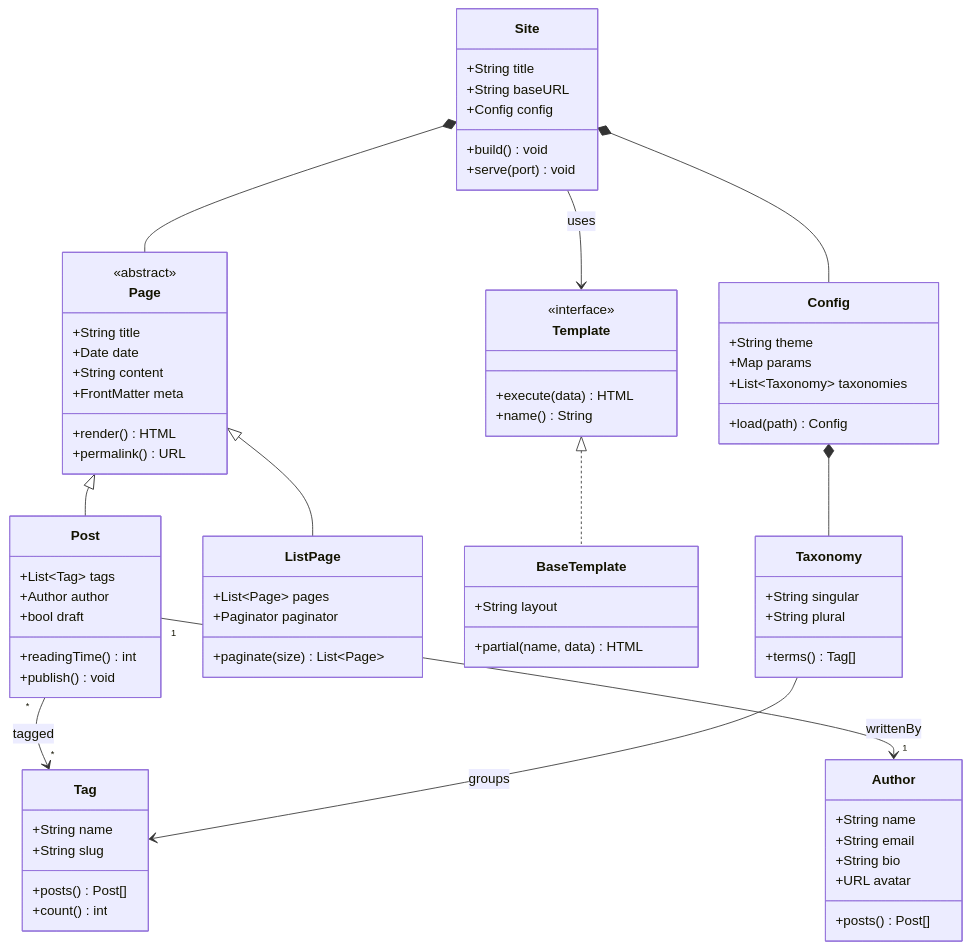
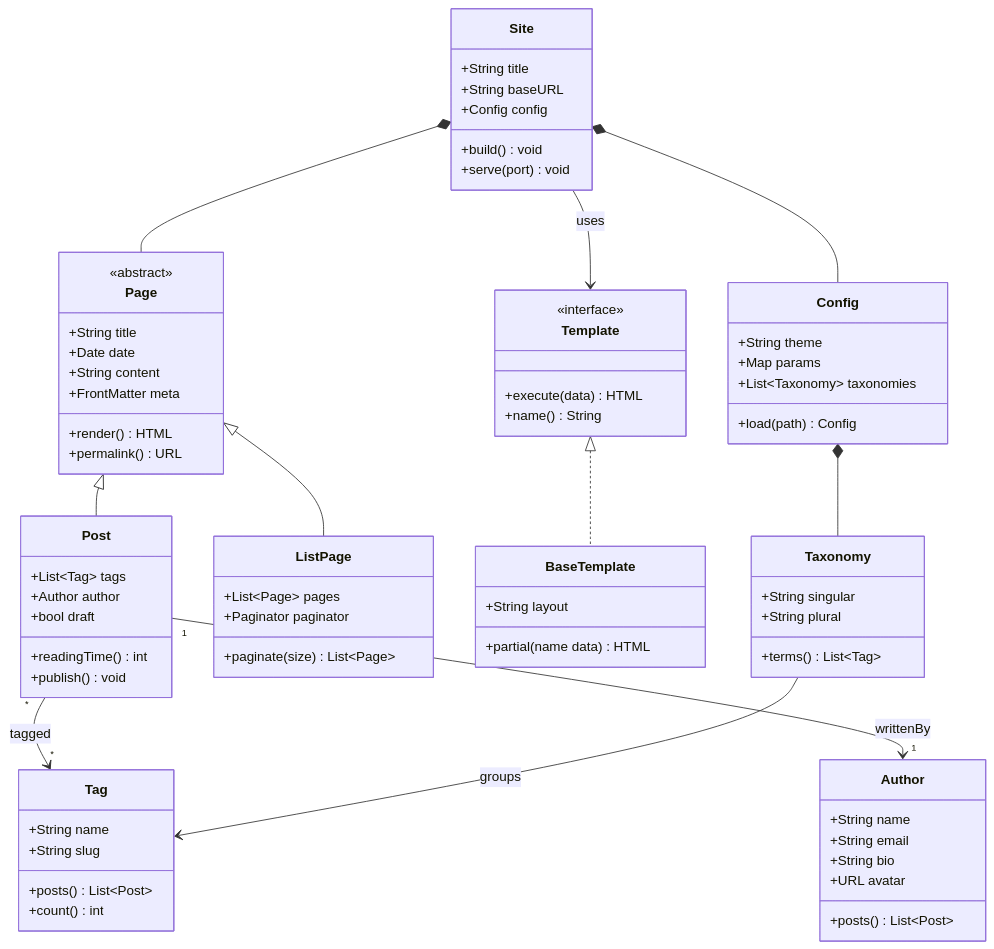
Before and after one commit to absolutepraya/blog: the fourth of 9 diagrams in content/posts/hello-world.md, drawn with Mermaid.

Commit message:
Fix remaining class diagram syntax errors
Replace leftover Post[] and Tag[] with List~Post~ and List~Tag~,
remove comma in partial(name, data) method parameter.

````diff
--- a/content/posts/hello-world.md
+++ b/content/posts/hello-world.md
@@ -261,75 +261,75 @@
 ```mermaid
 classDiagram
     class Site {
         +String title
         +String baseURL
         +Config config
         +build() void
         +serve(port) void
     }
     class Config {
         +String theme
         +Map params
         +List~Taxonomy~ taxonomies
         +load(path) Config
     }
     class Page {
         <<abstract>>
         +String title
         +Date date
         +String content
         +FrontMatter meta
         +render() HTML
         +permalink() URL
     }
     class Post {
         +List~Tag~ tags
         +Author author
         +bool draft
         +readingTime() int
         +publish() void
     }
     class ListPage {
         +List~Page~ pages
         +Paginator paginator
         +paginate(size) List~Page~
     }
     class Author {
         +String name
         +String email
         +String bio
         +URL avatar
-        +posts() Post[]
+        +posts() List~Post~
     }
     class Tag {
         +String name
         +String slug
-        +posts() Post[]
+        +posts() List~Post~
         +count() int
     }
     class Template {
         <<interface>>
         +execute(data) HTML
         +name() String
     }
     class BaseTemplate {
         +String layout
-        +partial(name, data) HTML
+        +partial(name data) HTML
     }
     class Taxonomy {
         +String singular
         +String plural
-        +terms() Tag[]
+        +terms() List~Tag~
     }
 
     Site *-- Config
     Site *-- Page
     Page <|-- Post
     Page <|-- ListPage
     Post "1" --> "1" Author : writtenBy
     Post "*" --> "*" Tag : tagged
     Site --> Template : uses
     Template <|.. BaseTemplate
     Config *-- Taxonomy
     Taxonomy --> Tag : groups
 ```
````
